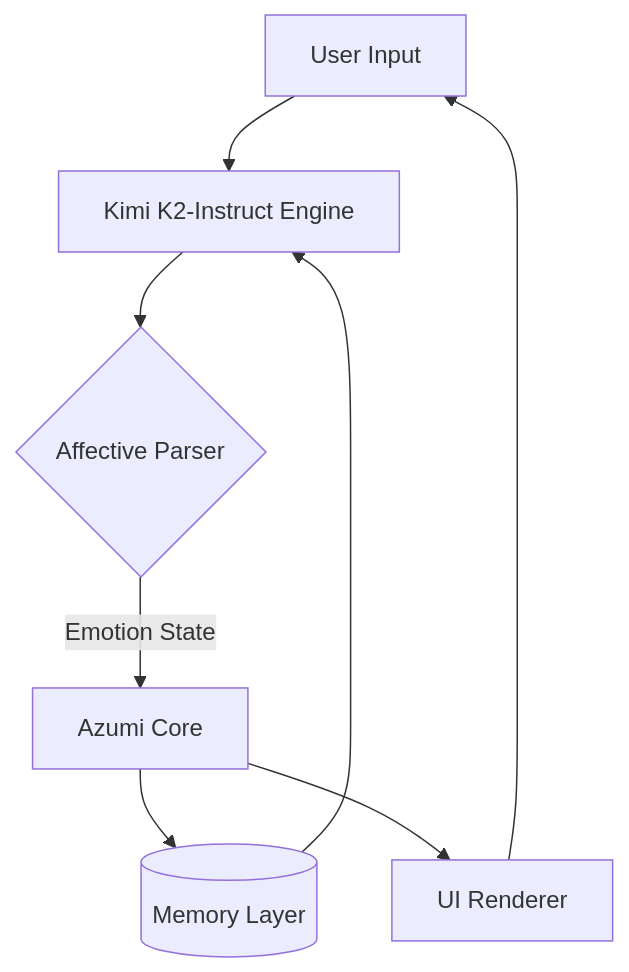
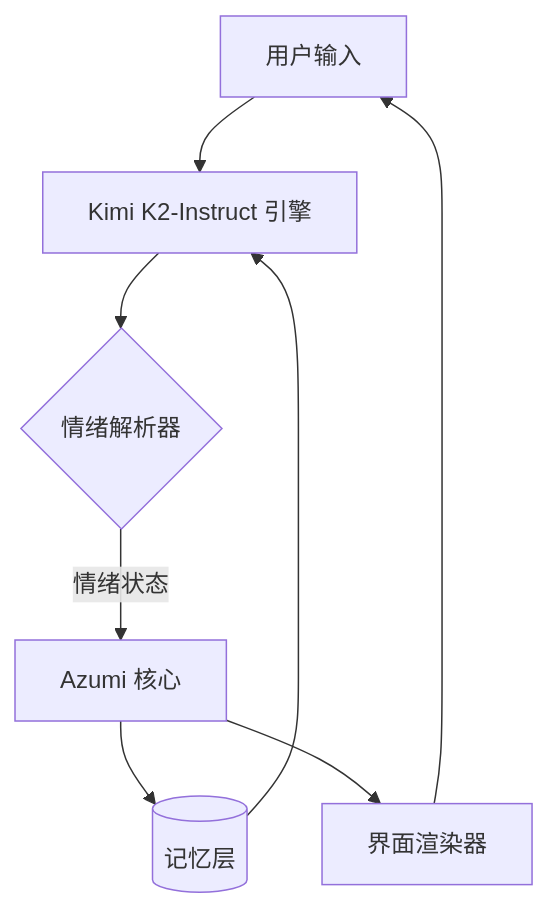
Before and after one commit to AceAIlov/Mollyslab: the first of 2 diagrams in README.md, drawn with Mermaid. The commit also changed other lines of this file, not shown here.

````diff
--- a/README.md
+++ b/README.md
@@ -33,10 +30,10 @@
 ```mermaid
 flowchart TD
-  A[User Input] --> B[Kimi K2-Instruct Engine]
-  B --> C{Affective Parser}
-  C -->|Emotion State| D[Azumi Core]
-  D --> E[(Memory Layer)]
-  D --> F[UI Renderer]
+  A[用户输入] --> B[Kimi K2-Instruct 引擎]
+  B --> C{情绪解析器}
+  C -->|情绪状态| D[Azumi 核心]
+  D --> E[(记忆层)]
+  D --> F[界面渲染器]
   E --> B
   F --> A
 ```
````
